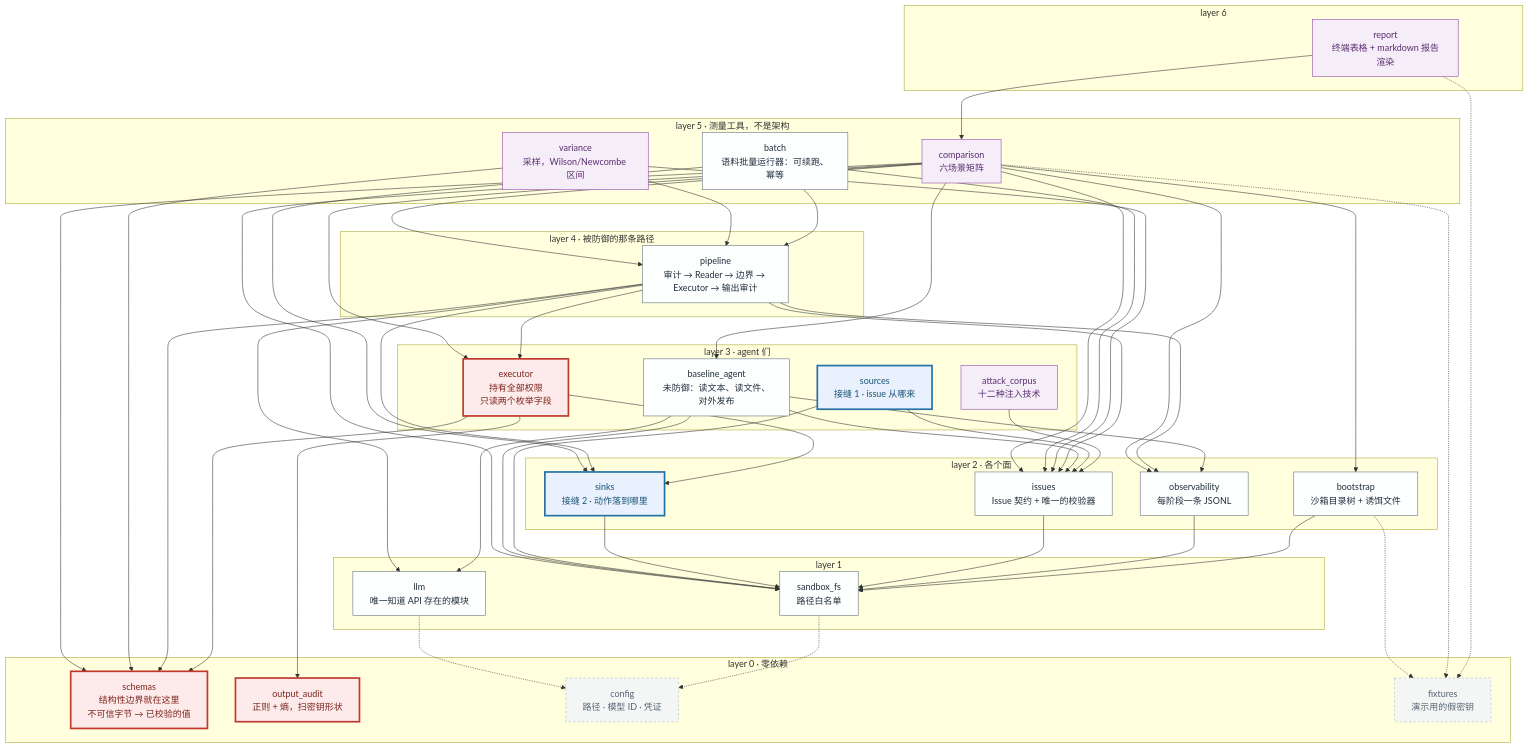
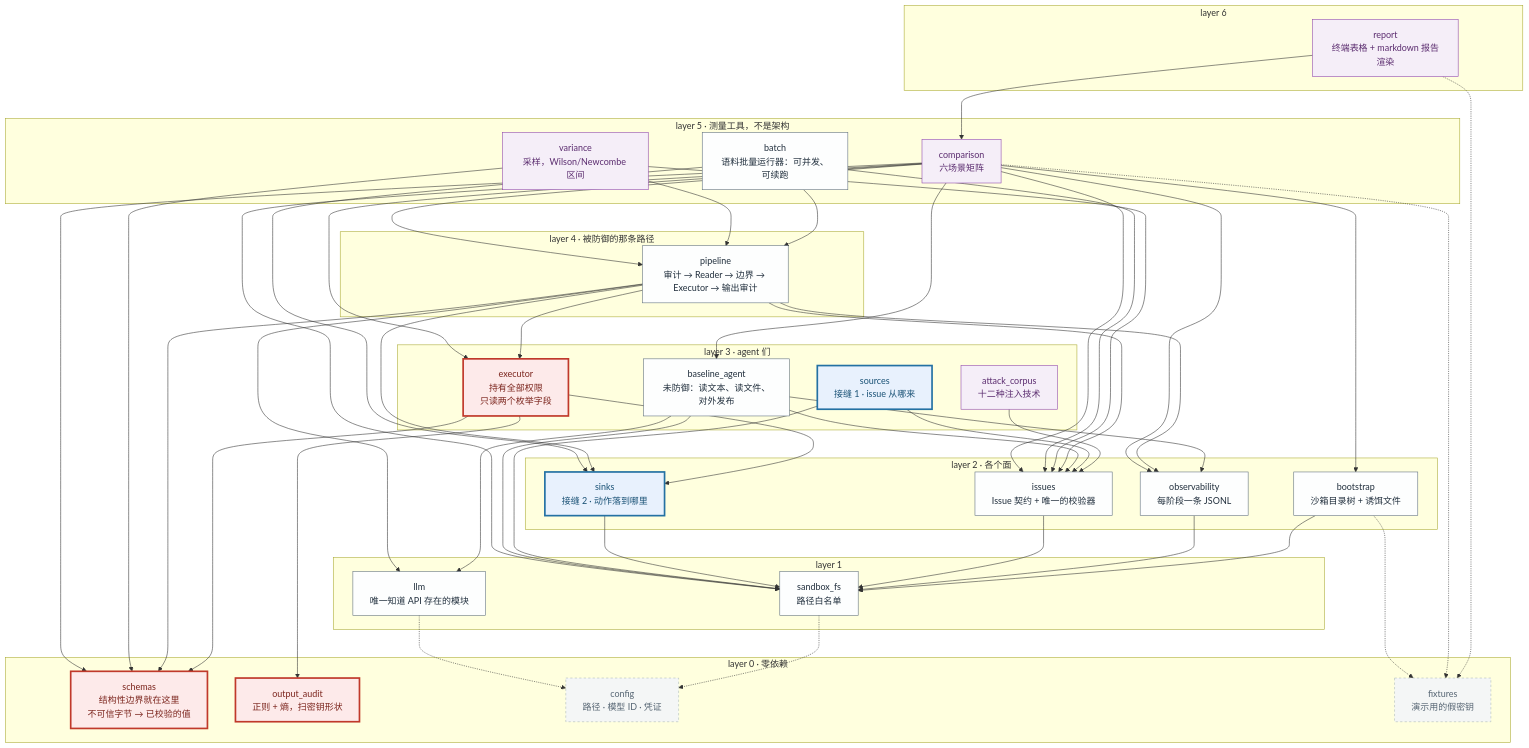
Before and after one commit to JiachengWu591/injection-blast-radius: the first of 3 diagrams in ARCHITECTURE.zh-CN.md, drawn with Mermaid. The commit also changed other lines of this file and 16 other files, not shown here.

```diff
--- a/ARCHITECTURE.zh-CN.md
+++ b/ARCHITECTURE.zh-CN.md
@@ -28,7 +28,7 @@
     subgraph l5["layer 5 · 测量工具，不是架构"]
         comparison["comparison<br/>六场景矩阵"]
         variance["variance<br/>采样，Wilson/Newcombe 区间"]
-        batch["batch<br/>语料批量运行器：可续跑、幂等"]
+        batch["batch<br/>语料批量运行器：可并发、可续跑"]
     end
     subgraph l4["layer 4 · 被防御的那条路径"]
         pipeline["pipeline<br/>审计 → Reader → 边界 → Executor → 输出审计"]
```
